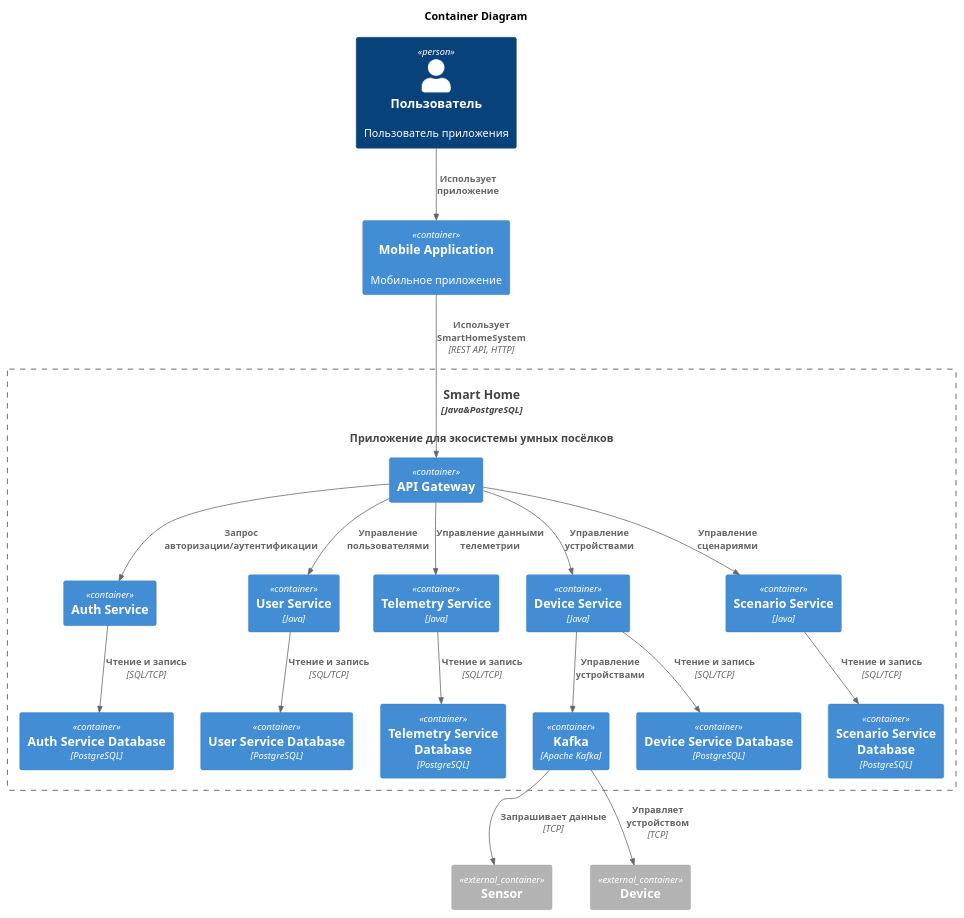
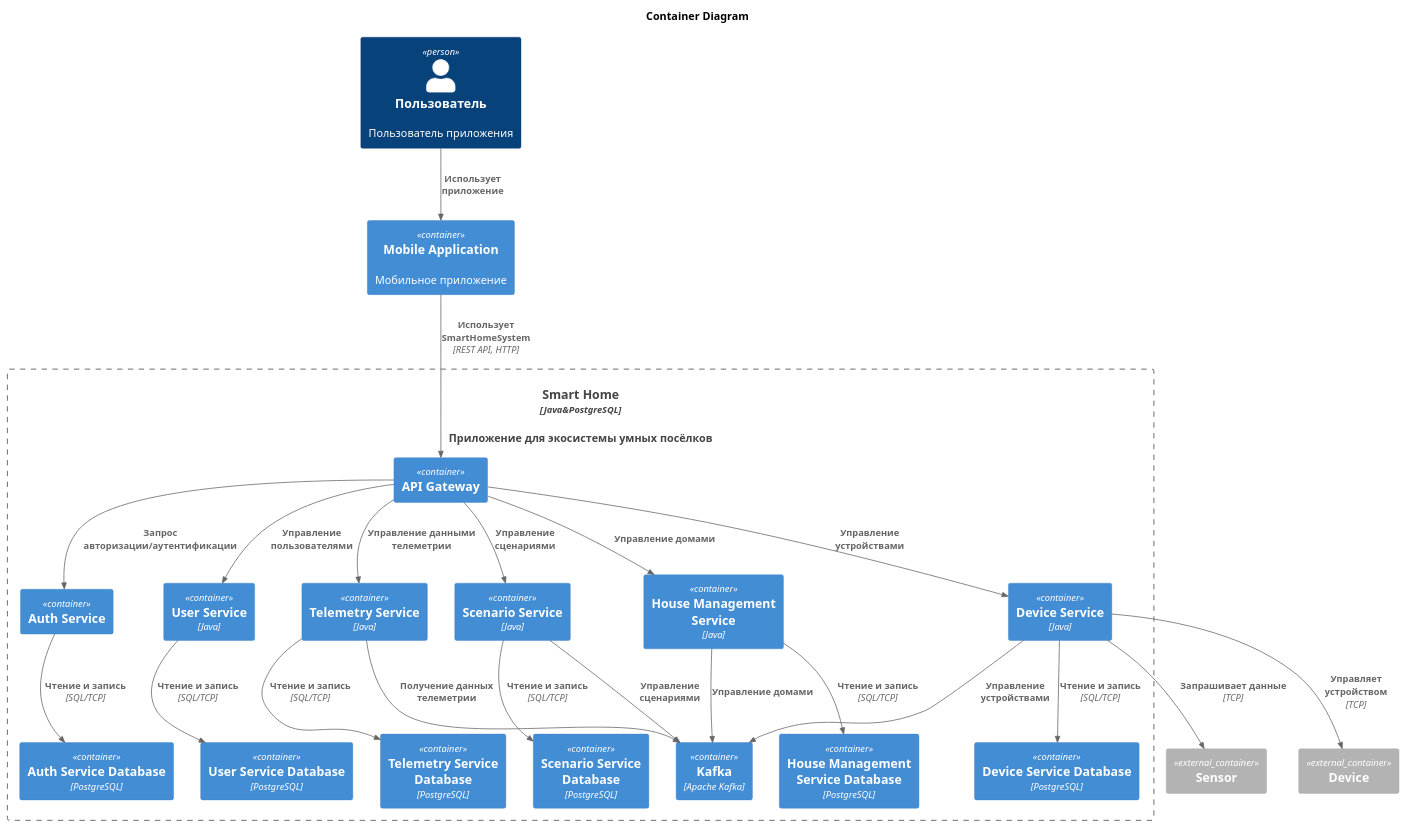
The diagram in docs/task2/Containers.puml (MarieSpring/architecture-sprint-3), drawn with PlantUML before and after one commit. The commit also changed 2 other files, not shown here.

```diff
--- a/docs/task2/Containers.puml
+++ b/docs/task2/Containers.puml
@@ -1,56 +1,64 @@
 @startuml
 
 title Container Diagram
 
 !include https://raw.githubusercontent.com/plantuml-stdlib/C4-PlantUML/master/C4_Container.puml
 
 Person(User, "Пользователь", "Пользователь приложения")
 
 Container(MobileApplication, "Mobile Application", , "Мобильное приложение")
 Container(SmartHomeSystem, "Smart Home", "Java&PostgreSQL", "Приложение для экосистемы умных посёлков")
 
 Container_Boundary(SmartHomeSystem, "Smart Home") {
     Container(ApiGateway, "API Gateway")
 
     Container(Kafka, "Kafka", "Apache Kafka")
 
     Container(AuthService, "Auth Service")
     Container(AuthServiceDatabase, "Auth Service Database", "PostgreSQL")
     
     Container(UserService, "User Service", "Java")
     Container(UserServiceDatabase, "User Service Database", "PostgreSQL")
 
     Container(TelemetryService, "Telemetry Service", "Java")
     Container(TelemetryServiceDatabase, "Telemetry Service Database", "PostgreSQL")
 
     Container(DeviceService, "Device Service", "Java")
     Container(DeviceServiceDatabase, "Device Service Database", "PostgreSQL")
 
     Container(ScenarioService, "Scenario Service", "Java")
     Container(ScenarioServiceDatabase, "Scenario Service Database", "PostgreSQL")
+
+    Container(HouseManagementService, "House Management Service", "Java")
+    Container(HouseManagementServiceDatabase, "House Management Service Database", "PostgreSQL")    
 }
 
 Container_Ext(Sensor, "Sensor")
 Container_Ext(Device, "Device")
 
 Rel(User, MobileApplication, "Использует приложение")
 Rel(MobileApplication, ApiGateway, "Использует SmartHomeSystem", "REST API, HTTP")
 
 Rel(ApiGateway, AuthService, "Запрос авторизации/аутентификации")
 Rel(ApiGateway, UserService, "Управление пользователями")
 Rel(ApiGateway, TelemetryService, "Управление данными телеметрии")
 Rel(ApiGateway, DeviceService, "Управление устройствами")
 Rel(ApiGateway, ScenarioService, "Управление сценариями")
+Rel(ApiGateway, HouseManagementService, "Управление домами")
 
 Rel(DeviceService, Kafka, "Управление устройствами")
+Rel(ScenarioService, Kafka, "Управление сценариями")
+Rel(HouseManagementService, Kafka, "Управление домами")
+Rel(TelemetryService, Kafka, "Получение данных телеметрии")
 
 Rel(AuthService, AuthServiceDatabase, "Чтение и запись", "SQL/TCP")
 Rel(UserService, UserServiceDatabase, "Чтение и запись", "SQL/TCP")
 Rel(TelemetryService, TelemetryServiceDatabase, "Чтение и запись", "SQL/TCP")
 Rel(DeviceService, DeviceServiceDatabase, "Чтение и запись", "SQL/TCP")
 Rel(ScenarioService, ScenarioServiceDatabase, "Чтение и запись", "SQL/TCP")
+Rel(HouseManagementService, HouseManagementServiceDatabase, "Чтение и запись", "SQL/TCP")
 
-Rel(Kafka, Sensor, "Запрашивает данные", "TCP")
-Rel(Kafka, Device, "Управляет устройством", "TCP")
+Rel(DeviceService, Sensor, "Запрашивает данные", "TCP")
+Rel(DeviceService, Device, "Управляет устройством", "TCP")
 
 @enduml
```
